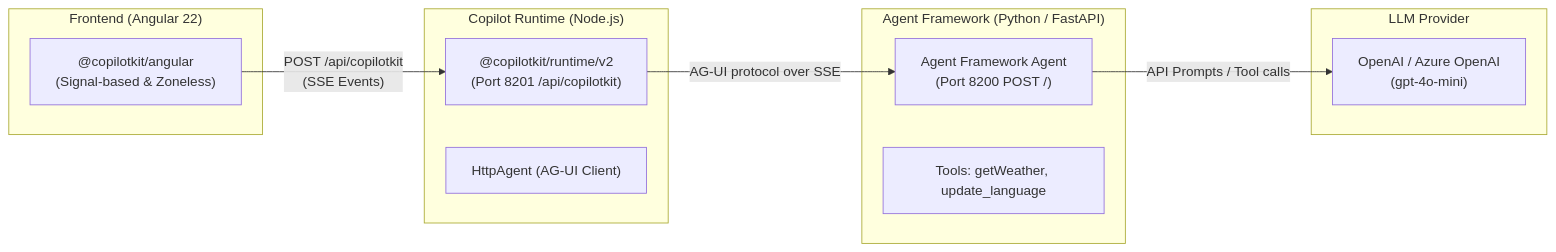
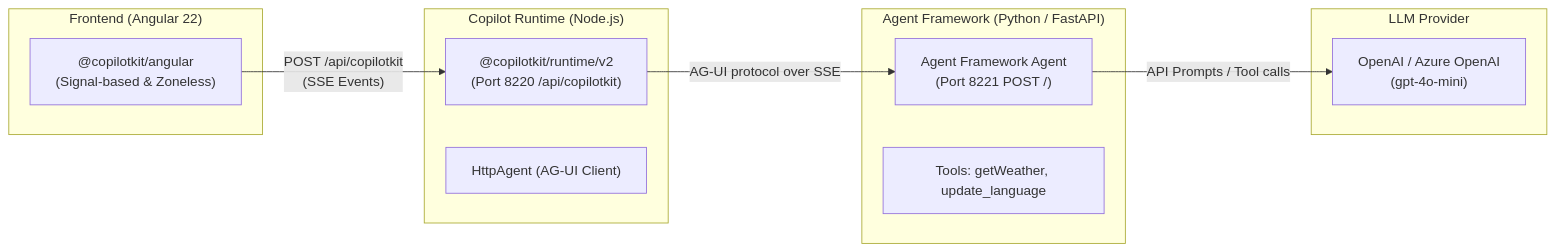
The diagram in readme.md (MMMustafakamran/MSPY-Angular), drawn with Mermaid before and after one commit. The commit also changed other lines of this file and 19 other files, not shown here.

````diff
--- a/readme.md
+++ b/readme.md
@@ -16,24 +16,24 @@
 ```mermaid
 flowchart LR
     subgraph Browser ["Frontend (Angular 22)"]
         UI["@copilotkit/angular\n(Signal-based & Zoneless)"]
     end
 
     subgraph Runtime ["Copilot Runtime (Node.js)"]
-        CR["@copilotkit/runtime/v2\n(Port 8201 /api/copilotkit)"]
+        CR["@copilotkit/runtime/v2\n(Port 8220 /api/copilotkit)"]
         HA["HttpAgent (AG-UI Client)"]
     end
 
     subgraph Backend ["Agent Framework (Python / FastAPI)"]
-        AF["Agent Framework Agent\n(Port 8200 POST /)"]
+        AF["Agent Framework Agent\n(Port 8221 POST /)"]
         Tools["Tools: getWeather, update_language"]
     end
 
     subgraph Model ["LLM Provider"]
         LLM["OpenAI / Azure OpenAI\n(gpt-4o-mini)"]
     end
 
     UI -- "POST /api/copilotkit\n(SSE Events)" --> CR
     CR -- "AG-UI protocol over SSE" --> AF
     AF -- "API Prompts / Tool calls" --> LLM
 ```
````
